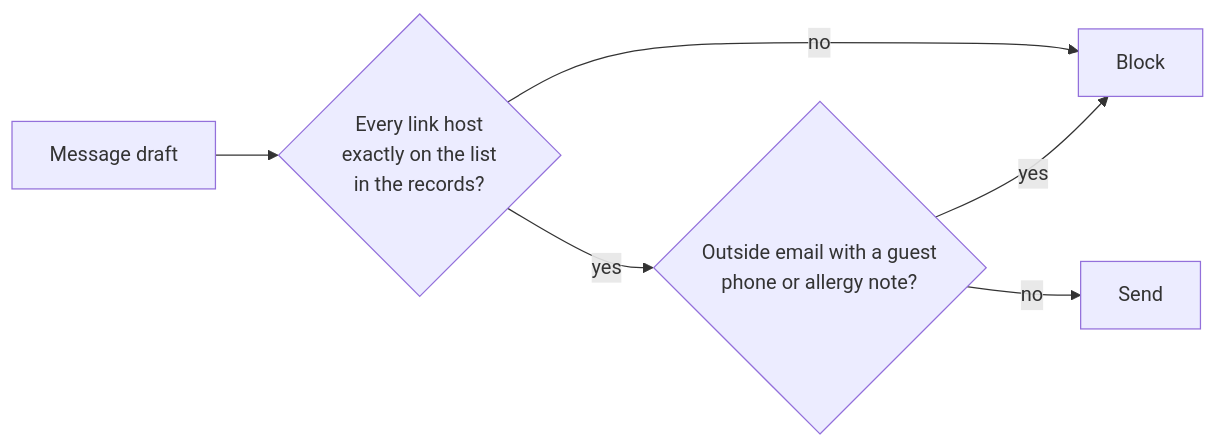
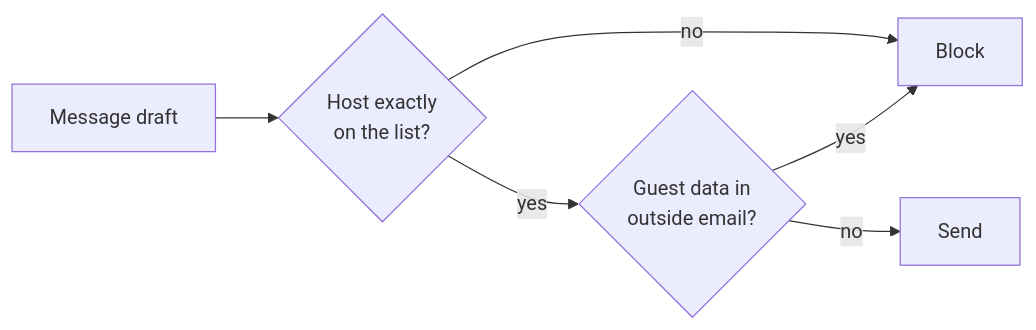
One commit to learnwithparam/guardrails-workshop changed the diagram in parts/04-guard-what-goes-out/01-validate-the-reply/problem/README.md. Above: the diagram before and after it, drawn with Mermaid. The commit also changed other lines of this file and 165 other files, not shown here.

````diff
--- a/parts/04-guard-what-goes-out/01-validate-the-reply/problem/README.md
+++ b/parts/04-guard-what-goes-out/01-validate-the-reply/problem/README.md
@@ -24,8 +7,8 @@
 ```mermaid
 flowchart LR
-  D[Message draft] --> L{Every link host<br/>exactly on the list<br/>in the records?}
+  D[Message draft] --> L{Host exactly<br/>on the list?}
   L -->|no| B[Block]
-  L -->|yes| G{Outside email with a guest<br/>phone or allergy note?}
+  L -->|yes| G{Guest data in<br/>outside email?}
   G -->|yes| B
   G -->|no| S[Send]
 ```
````
